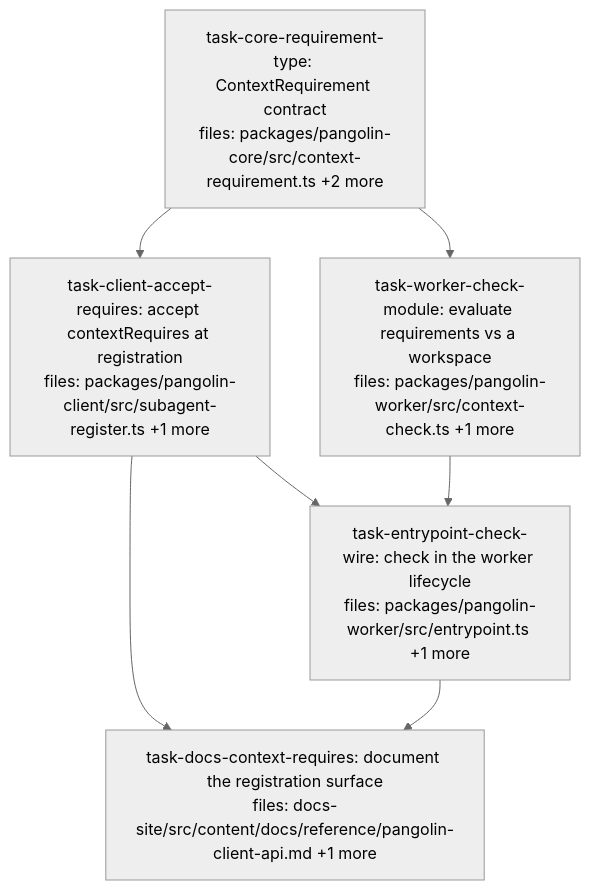
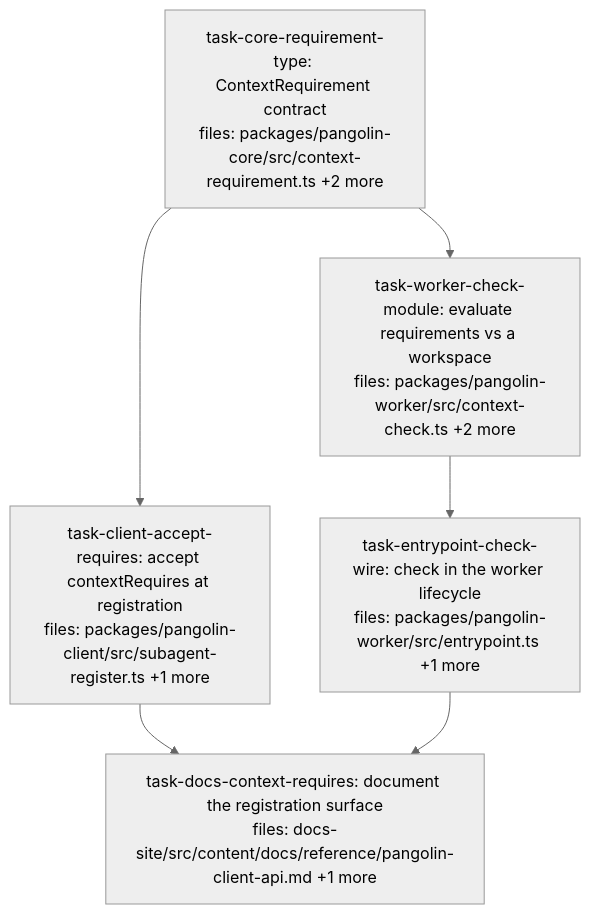
The diagram in docs/superpowers/plans/2026-08-03-staged-context-verification-dag.md (QuarrySystems/pangolin), drawn with Mermaid (neutral theme) before and after one commit. The commit also changed other lines of this file, not shown here.

First line of the commit message:
docs(plan): apply gate-2 resolutions R-A..R-E to the staged-context DAG

````diff
--- a/docs/superpowers/plans/2026-08-03-staged-context-verification-dag.md
+++ b/docs/superpowers/plans/2026-08-03-staged-context-verification-dag.md
@@ -9,21 +9,20 @@
 ```mermaid
 flowchart TD
     task-core-requirement-type["task-core-requirement-type: ContextRequirement contract<br/>files: packages/pangolin-core/src/context-requirement.ts +2 more"]
     task-client-accept-requires["task-client-accept-requires: accept contextRequires at registration<br/>files: packages/pangolin-client/src/subagent-register.ts +1 more"]
-    task-worker-check-module["task-worker-check-module: evaluate requirements vs a workspace<br/>files: packages/pangolin-worker/src/context-check.ts +1 more"]
+    task-worker-check-module["task-worker-check-module: evaluate requirements vs a workspace<br/>files: packages/pangolin-worker/src/context-check.ts +2 more"]
     task-entrypoint-check-wire["task-entrypoint-check-wire: check in the worker lifecycle<br/>files: packages/pangolin-worker/src/entrypoint.ts +1 more"]
     task-docs-context-requires["task-docs-context-requires: document the registration surface<br/>files: docs-site/src/content/docs/reference/pangolin-client-api.md +1 more"]
 
     task-core-requirement-type --> task-client-accept-requires
     task-core-requirement-type --> task-worker-check-module
-    task-client-accept-requires --> task-entrypoint-check-wire
     task-worker-check-module --> task-entrypoint-check-wire
     task-client-accept-requires --> task-docs-context-requires
     task-entrypoint-check-wire --> task-docs-context-requires
 
     classDef done fill:#90ee90,stroke:#333
     classDef ready fill:#fffacd,stroke:#333
     classDef running fill:#87ceeb,stroke:#333
     classDef failed fill:#ffb6c1,stroke:#333
     classDef skipped fill:#d3d3d3,stroke:#333,stroke-dasharray: 5 5
 ```
````
